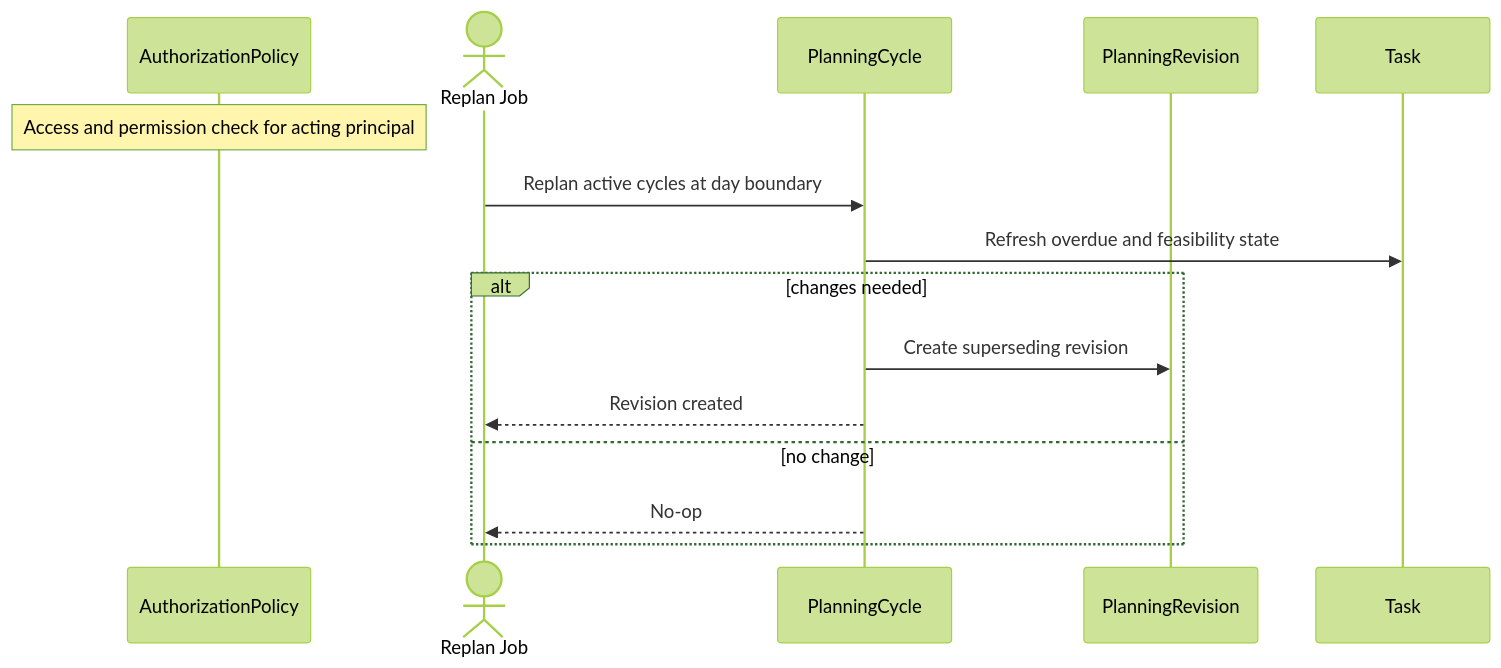
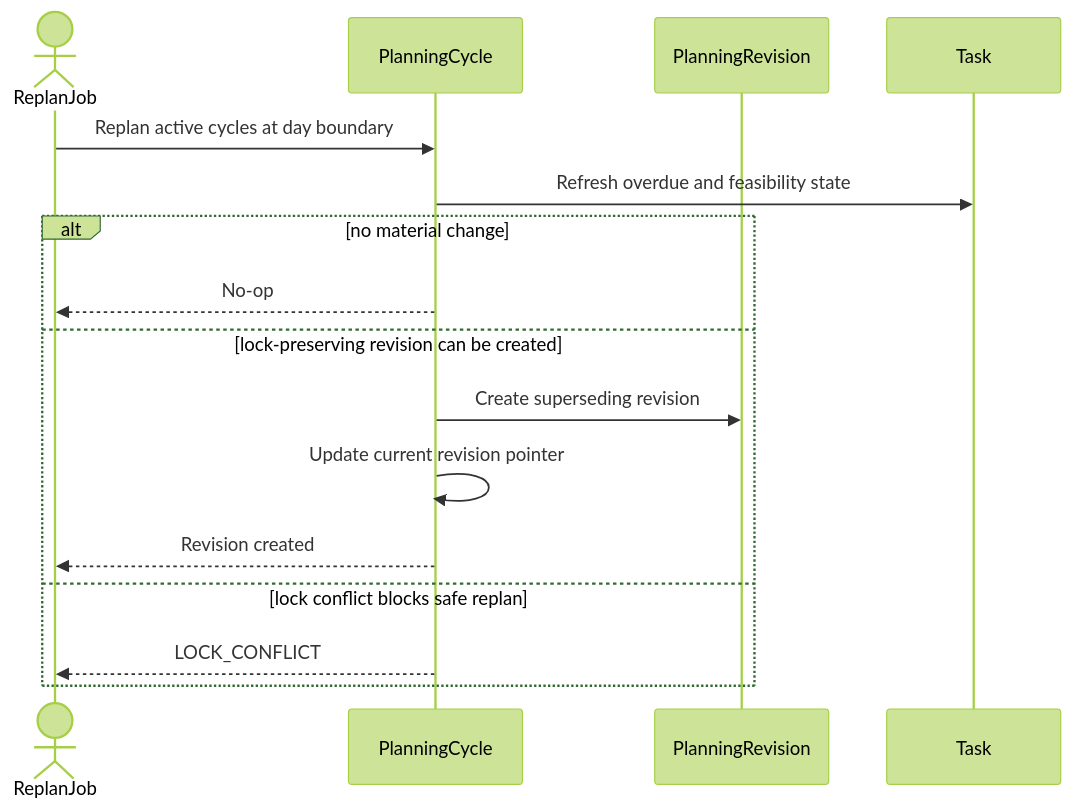
Before and after one commit to ChidiRnweke/margin: the tenth of 11 diagrams in architecture/sequence-diagrams/04-availability-planning.md, drawn with Mermaid (forest theme). The commit also changed other lines of this file and 12 other files, not shown here.

Commit message:
Enhance sequence diagrams and introduce traceability matrix

````diff
--- a/architecture/sequence-diagrams/04-availability-planning.md
+++ b/architecture/sequence-diagrams/04-availability-planning.md
@@ -162,17 +224,18 @@
 ```mermaid
 sequenceDiagram
-    participant G as AuthorizationPolicy
-    Note over G: Access and permission check for acting principal
-    actor J as Replan Job
+    actor J as ReplanJob
     participant C as PlanningCycle
     participant R as PlanningRevision
     participant T as Task
     J->>C: Replan active cycles at day boundary
     C->>T: Refresh overdue and feasibility state
-    alt changes needed
-      C->>R: Create superseding revision
-      C-->>J: Revision created
-    else no change
-      C-->>J: No-op
+    alt no material change
+        C-->>J: No-op
+    else lock-preserving revision can be created
+        C->>R: Create superseding revision
+        C->>C: Update current revision pointer
+        C-->>J: Revision created
+    else lock conflict blocks safe replan
+        C-->>J: LOCK_CONFLICT
     end
 ```
````
